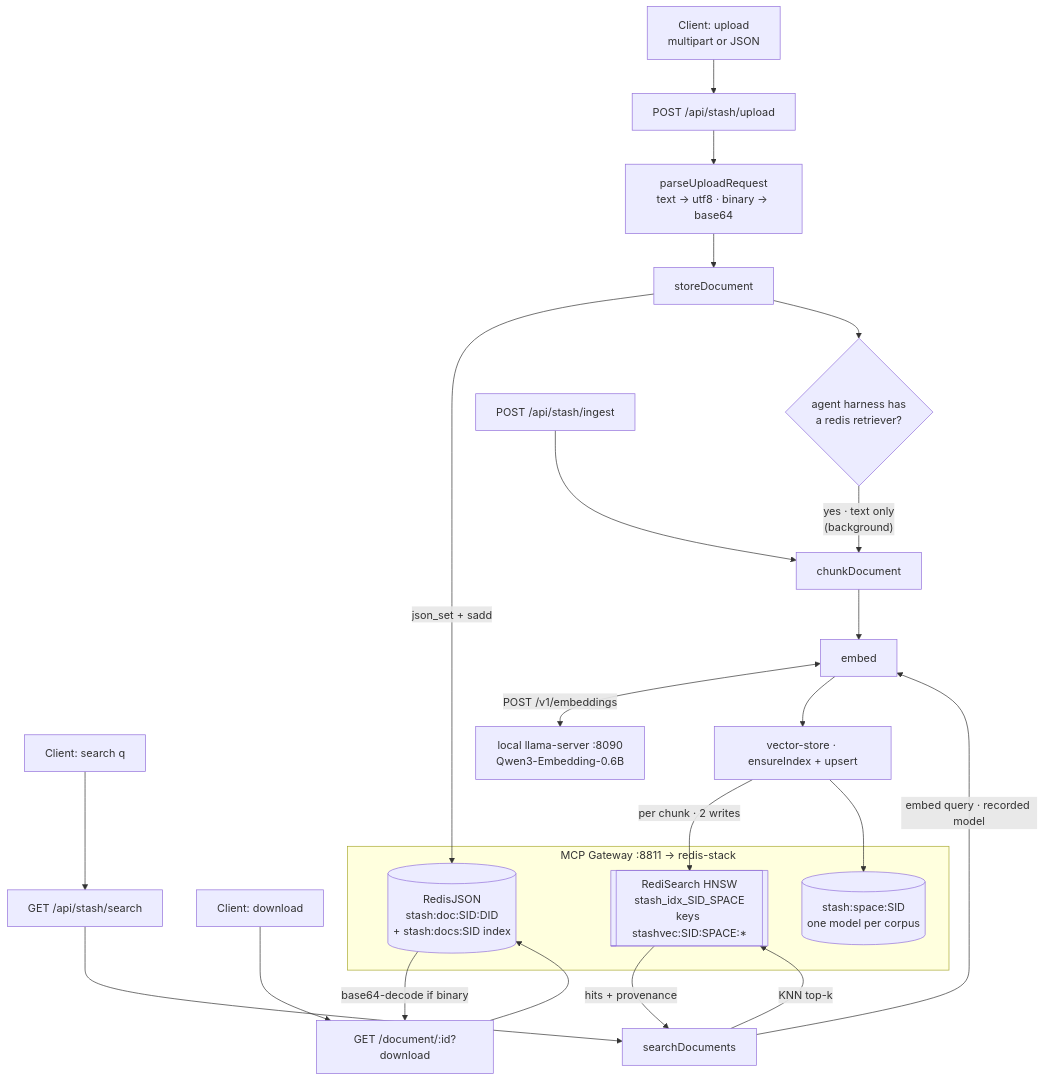
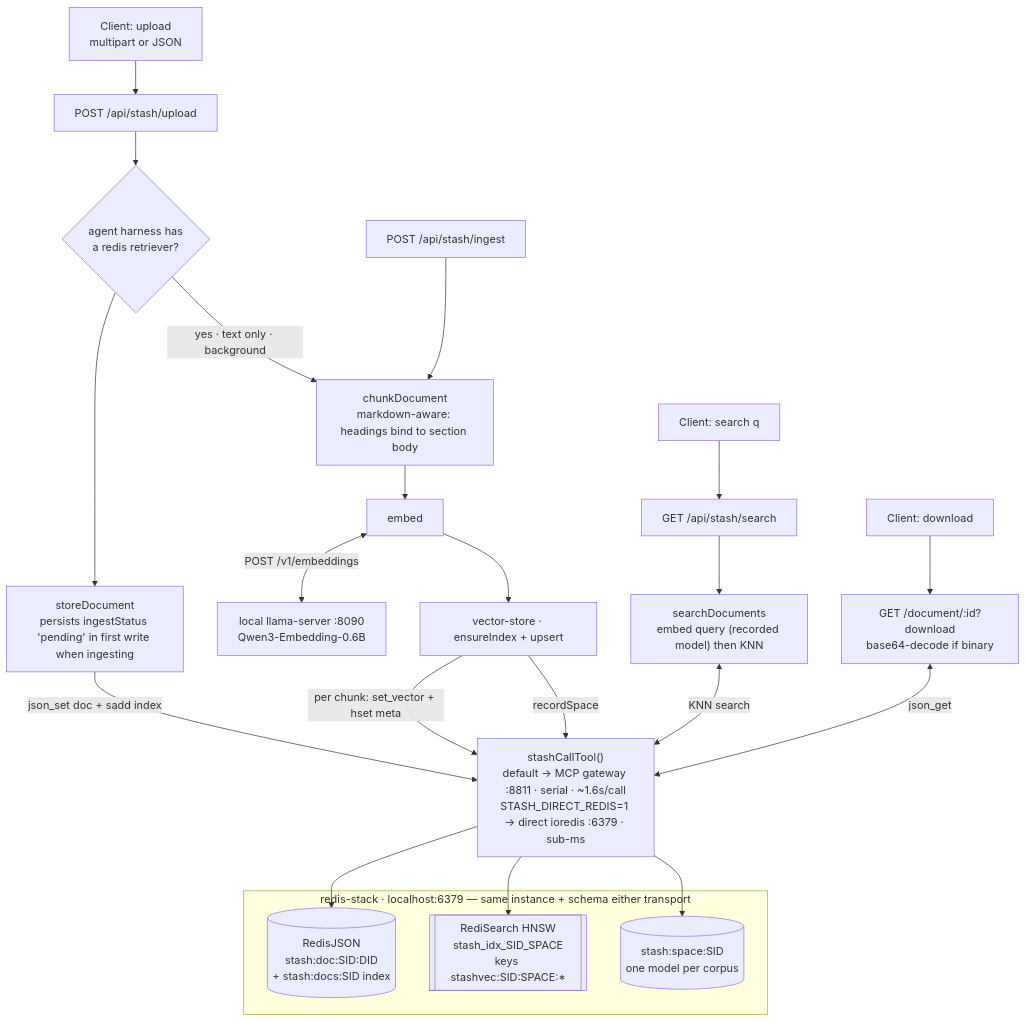
The first of 4 diagrams in docs/data-flow.md (mknw/harness-playground), drawn with Mermaid before and after one commit. The commit also changed other lines of this file, not shown here.

First line of the commit message:
docs(data-flow): reflect direct-Redis + markdown chunking (#111)

````diff
--- a/docs/data-flow.md
+++ b/docs/data-flow.md
@@ -33,36 +36,36 @@
 ```mermaid
 flowchart TD
     UP["Client: upload<br/>multipart or JSON"]
     Q["Client: search q"]
     DLREQ["Client: download"]
 
     UP --> RU["POST /api/stash/upload"]
-    RU --> PARSE["parseUploadRequest<br/>text → utf8 · binary → base64"]
-    PARSE --> STORE["storeDocument"]
-    STORE -->|"json_set + sadd"| DOC[("RedisJSON<br/>stash:doc:SID:DID<br/>+ stash:docs:SID index")]
-
-    STORE --> GATE{"agent harness has<br/>a redis retriever?"}
-    GATE -->|"yes · text only<br/>(background)"| CHUNK["chunkDocument"]
+    RU --> GATE{"agent harness has<br/>a redis retriever?"}
+    GATE --> STORE["storeDocument<br/>persists ingestStatus 'pending' in first write when ingesting"]
+    GATE -->|"yes · text only · background"| CHUNK["chunkDocument<br/>markdown-aware: headings bind to section body"]
     RIN["POST /api/stash/ingest"] --> CHUNK
     CHUNK --> EMBED["embed"]
     EMBED <-->|"POST /v1/embeddings"| EMBSVR["local llama-server :8090<br/>Qwen3-Embedding-0.6B"]
     EMBED --> UPSERT["vector-store · ensureIndex + upsert"]
-    UPSERT -->|"per chunk · 2 writes"| HNSW[["RediSearch HNSW<br/>stash_idx_SID_SPACE<br/>keys stashvec:SID:SPACE:*"]]
-    UPSERT --> SPACE[("stash:space:SID<br/>one model per corpus")]
 
     Q --> RS["GET /api/stash/search"]
-    RS --> SRCH["searchDocuments"]
-    SRCH -->|"embed query · recorded model"| EMBED
-    SRCH -->|"KNN top-k"| HNSW
-    HNSW -->|"hits + provenance"| SRCH
+    RS --> SRCH["searchDocuments<br/>embed query (recorded model) then KNN"]
+    DLREQ --> RD["GET /document/:id?download<br/>base64-decode if binary"]
 
-    DLREQ --> RD["GET /document/:id?download"]
-    RD --> DOC
-    DOC -->|"base64-decode if binary"| RD
+    STORE -->|"json_set doc + sadd index"| XPORT
+    UPSERT -->|"per chunk: set_vector + hset meta"| XPORT
+    UPSERT -->|"recordSpace"| XPORT
+    SRCH <-->|"KNN search"| XPORT
+    RD <-->|"json_get"| XPORT
 
-    subgraph gw["MCP Gateway :8811 → redis-stack"]
-        DOC
-        HNSW
-        SPACE
+    XPORT["stashCallTool()<br/>default → MCP gateway :8811 · serial · ~1.6s/call<br/>STASH_DIRECT_REDIS=1 → direct ioredis :6379 · sub-ms"]
+    XPORT --> DOC
+    XPORT --> HNSW
+    XPORT --> SPACE
+
+    subgraph redis["redis-stack · localhost:6379 — same instance + schema either transport"]
+        DOC[("RedisJSON<br/>stash:doc:SID:DID<br/>+ stash:docs:SID index")]
+        HNSW[["RediSearch HNSW<br/>stash_idx_SID_SPACE<br/>keys stashvec:SID:SPACE:*"]]
+        SPACE[("stash:space:SID<br/>one model per corpus")]
     end
 ```
````
